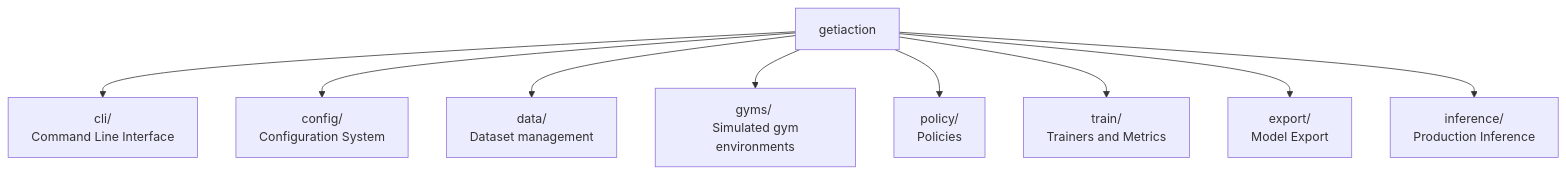
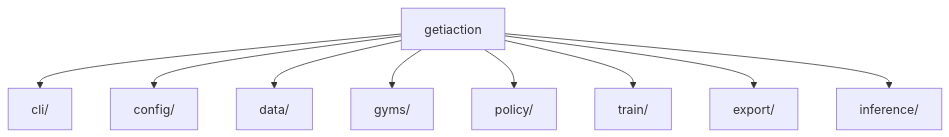
The diagram in library/docs/design/README.md (open-edge-platform/physical-ai-studio), drawn with Mermaid before and after one commit. The commit also changed other lines of this file and 15 other files, not shown here.

````diff
--- a/library/docs/design/README.md
+++ b/library/docs/design/README.md
@@ -5,12 +25,12 @@
 ```mermaid
 graph TD
     A["getiaction"]
-    A --> B["cli/ <br/> Command Line Interface"]
-    A --> C["config/ <br/> Configuration System"]
-    A --> D["data/ <br/> Dataset management"]
-    A --> E["gyms/ <br/> Simulated gym environments"]
-    A --> F["policy/ <br/> Policies"]
-    A --> G["train/ <br/> Trainers and Metrics"]
-    A --> H["export/ <br/> Model Export"]
-    A --> I["inference/ <br/> Production Inference"]
+    A --> B["cli/"]
+    A --> C["config/"]
+    A --> D["data/"]
+    A --> E["gyms/"]
+    A --> F["policy/"]
+    A --> G["train/"]
+    A --> H["export/"]
+    A --> I["inference/"]
 ```
````
